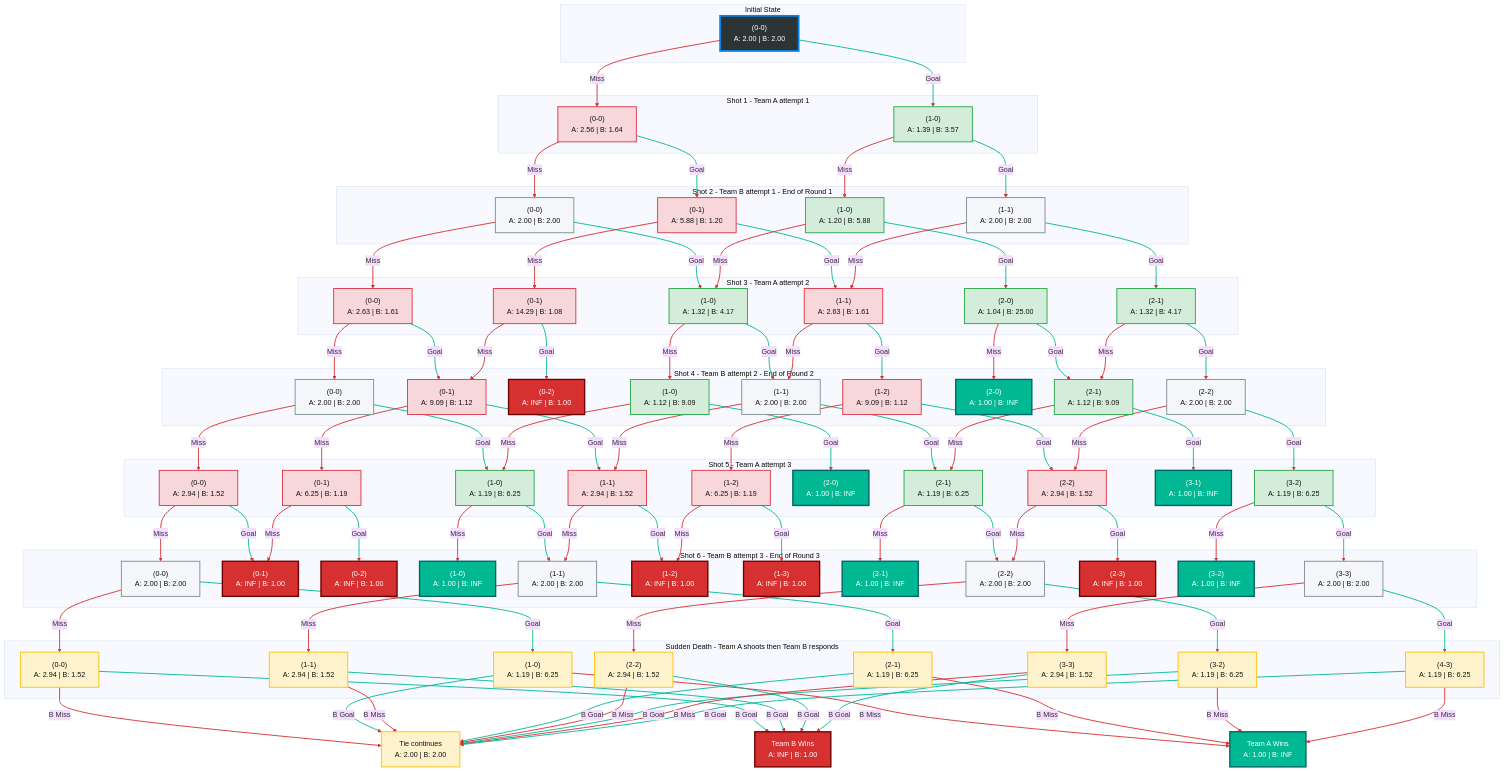
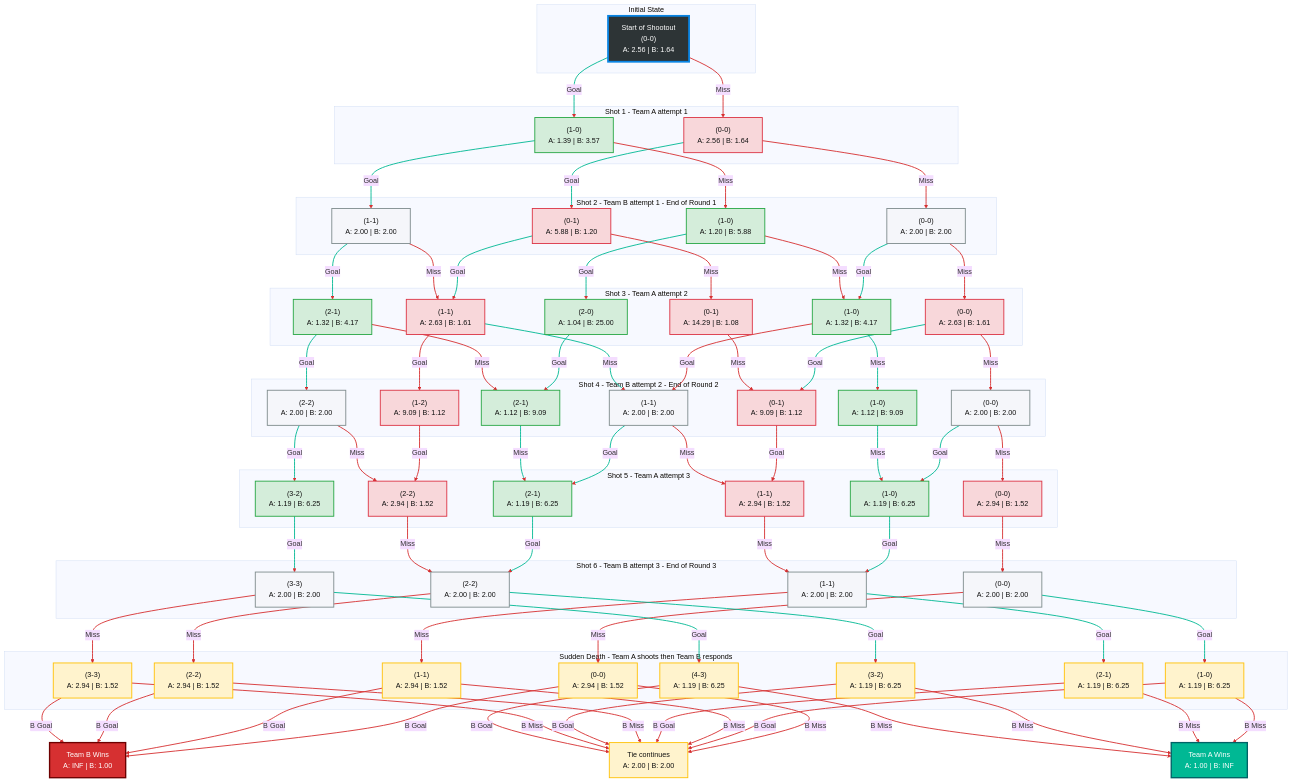
One commit to jungleJamz/nhl-shootout changed the diagram in mermaid/diagram.mmd. Above: the diagram before and after it, drawn with Mermaid (base theme). The commit also changed 1 other file, not shown here.

Commit message:
Confirmed the data from the csv data matched the mermaid diagram.
Removed Unreachable states & removed all terminal winning states (INF) to reduce clutter.

Fixed linkStyle to match new transition count.

```diff
--- a/mermaid/diagram.mmd
+++ b/mermaid/diagram.mmd
@@ -32,7 +32,7 @@
 %% :::startNode applies the style
 
 subgraph Phase_Start["Initial State"]
-  S0["(0-0)<br/>A: 2.00 | B: 2.00"]:::startNode
+  S0["Start of Shootout<br/>(0-0)<br/>A: 2.56 | B: 1.64"]:::startNode
 end
 
 %% =====================================================
@@ -62,44 +62,24 @@
 subgraph REG_4["Shot 4 - Team B attempt 2 - End of Round 2"]
   REG4_0_0["(0-0)<br/>A: 2.00 | B: 2.00"]:::neutral
   REG4_0_1["(0-1)<br/>A: 9.09 | B: 1.12"]:::teamB_Adv
-  REG4_0_2["(0-2)<br/>A: INF | B: 1.00"]:::terminalB
   REG4_1_0["(1-0)<br/>A: 1.12 | B: 9.09"]:::teamA_Adv
   REG4_1_1["(1-1)<br/>A: 2.00 | B: 2.00"]:::neutral
   REG4_1_2["(1-2)<br/>A: 9.09 | B: 1.12"]:::teamB_Adv
-  REG4_2_0["(2-0)<br/>A: 1.00 | B: INF"]:::terminalA
   REG4_2_1["(2-1)<br/>A: 1.12 | B: 9.09"]:::teamA_Adv
   REG4_2_2["(2-2)<br/>A: 2.00 | B: 2.00"]:::neutral
 end
 subgraph REG_5["Shot 5 - Team A attempt 3"]
   REG5_0_0["(0-0)<br/>A: 2.94 | B: 1.52"]:::teamB_Adv
-  REG5_0_1["(0-1)<br/>A: 6.25 | B: 1.19"]:::teamB_Adv
-%%   REG5_0_2["(0-2)<br/>A: INF | B: 1.00"]:::terminalB
   REG5_1_0["(1-0)<br/>A: 1.19 | B: 6.25"]:::teamA_Adv
   REG5_1_1["(1-1)<br/>A: 2.94 | B: 1.52"]:::teamB_Adv
-  REG5_1_2["(1-2)<br/>A: 6.25 | B: 1.19"]:::teamB_Adv
-  REG5_2_0["(2-0)<br/>A: 1.00 | B: INF"]:::terminalA
   REG5_2_1["(2-1)<br/>A: 1.19 | B: 6.25"]:::teamA_Adv
   REG5_2_2["(2-2)<br/>A: 2.94 | B: 1.52"]:::teamB_Adv
-%%   REG5_3_0["(3-0)<br/>A: 1.00 | B: INF"]:::terminalA
-  REG5_3_1["(3-1)<br/>A: 1.00 | B: INF"]:::terminalA
   REG5_3_2["(3-2)<br/>A: 1.19 | B: 6.25"]:::teamA_Adv
 end
 subgraph REG_6["Shot 6 - Team B attempt 3 - End of Round 3"]
   REG6_0_0["(0-0)<br/>A: 2.00 | B: 2.00"]:::neutral
-  REG6_0_1["(0-1)<br/>A: INF | B: 1.00"]:::terminalB
-  REG6_0_2["(0-2)<br/>A: INF | B: 1.00"]:::terminalB
-%%   REG6_0_3["(0-3)<br/>A: INF | B: 1.00"]:::terminalB
-  REG6_1_0["(1-0)<br/>A: 1.00 | B: INF"]:::terminalA
   REG6_1_1["(1-1)<br/>A: 2.00 | B: 2.00"]:::neutral
-  REG6_1_2["(1-2)<br/>A: INF | B: 1.00"]:::terminalB
-  REG6_1_3["(1-3)<br/>A: INF | B: 1.00"]:::terminalB
-%%   REG6_2_0["(2-0)<br/>A: 1.00 | B: INF"]:::terminalA
-  REG6_2_1["(2-1)<br/>A: 1.00 | B: INF"]:::terminalA
   REG6_2_2["(2-2)<br/>A: 2.00 | B: 2.00"]:::neutral
-  REG6_2_3["(2-3)<br/>A: INF | B: 1.00"]:::terminalB
-%%   REG6_3_0["(3-0)<br/>A: 1.00 | B: INF"]:::terminalA
-%%   REG6_3_1["(3-1)<br/>A: 1.00 | B: INF"]:::terminalA
-  REG6_3_2["(3-2)<br/>A: 1.00 | B: INF"]:::terminalA
   REG6_3_3["(3-3)<br/>A: 2.00 | B: 2.00"]:::neutral
 end
 
@@ -135,44 +115,40 @@
 REG3_0_0 -- Miss --> REG4_0_0
 REG3_0_0 -- Goal --> REG4_0_1
 REG3_0_1 -- Miss --> REG4_0_1
-REG3_0_1 -- Goal --> REG4_0_2
+%% REG3_0_1 -- Goal would lead to REG4_0_2 (terminal - game over)
 REG3_1_0 -- Miss --> REG4_1_0
 REG3_1_0 -- Goal --> REG4_1_1
 REG3_1_1 -- Miss --> REG4_1_1
 REG3_1_1 -- Goal --> REG4_1_2
-REG3_2_0 -- Miss --> REG4_2_0
+%% REG3_2_0 -- Miss would lead to REG4_2_0 (terminal - game over)
 REG3_2_0 -- Goal --> REG4_2_1
 REG3_2_1 -- Miss --> REG4_2_1
 REG3_2_1 -- Goal --> REG4_2_2
 REG4_0_0 -- Miss --> REG5_0_0
 REG4_0_0 -- Goal --> REG5_1_0
-REG4_0_1 -- Miss --> REG5_0_1
+%% REG4_0_1 -- Miss would lead to REG5_0_1 (terminal - game over)
 REG4_0_1 -- Goal --> REG5_1_1
 REG4_1_0 -- Miss --> REG5_1_0
-REG4_1_0 -- Goal --> REG5_2_0
+%% REG4_1_0 -- Goal would lead to REG5_2_0 (terminal - game over)
 REG4_1_1 -- Miss --> REG5_1_1
 REG4_1_1 -- Goal --> REG5_2_1
-REG4_1_2 -- Miss --> REG5_1_2
+%% REG4_1_2 -- Miss would lead to REG5_1_2 (terminal - game over)
 REG4_1_2 -- Goal --> REG5_2_2
 REG4_2_1 -- Miss --> REG5_2_1
-REG4_2_1 -- Goal --> REG5_3_1
+%% REG4_2_1 -- Goal would lead to REG5_3_1 (terminal - game over)
 REG4_2_2 -- Miss --> REG5_2_2
 REG4_2_2 -- Goal --> REG5_3_2
 REG5_0_0 -- Miss --> REG6_0_0
-REG5_0_0 -- Goal --> REG6_0_1
-REG5_0_1 -- Miss --> REG6_0_1
-REG5_0_1 -- Goal --> REG6_0_2
-REG5_1_0 -- Miss --> REG6_1_0
+%% REG5_0_0 -- Goal would lead to REG6_0_1 (terminal - game over)
+%% REG5_1_0 -- Miss would lead to REG6_1_0 (terminal - game over)
 REG5_1_0 -- Goal --> REG6_1_1
 REG5_1_1 -- Miss --> REG6_1_1
-REG5_1_1 -- Goal --> REG6_1_2
-REG5_1_2 -- Miss --> REG6_1_2
-REG5_1_2 -- Goal --> REG6_1_3
-REG5_2_1 -- Miss --> REG6_2_1
+%% REG5_1_1 -- Goal would lead to REG6_1_2 (terminal - game over)
+%% REG5_2_1 -- Miss would lead to REG6_2_1 (terminal - game over)
 REG5_2_1 -- Goal --> REG6_2_2
 REG5_2_2 -- Miss --> REG6_2_2
-REG5_2_2 -- Goal --> REG6_2_3
-REG5_3_2 -- Miss --> REG6_3_2
+%% REG5_2_2 -- Goal would lead to REG6_2_3 (terminal - game over)
+%% REG5_3_2 -- Miss would lead to REG6_3_2 (terminal - game over)
 REG5_3_2 -- Goal --> REG6_3_3
 REG6_0_0 -- Miss --> SD7_0_0
 REG6_0_0 -- Goal --> SD7_1_0
@@ -239,5 +215,7 @@
 %% =====================================================
 %% - Default = Miss (red)
 %% - Odd indices = Goal (green) because we always write Miss then Goal
+%% - We have 48 regulation transitions (indices 0-47), so odd indices are 1,3,5...47
+%% - Terminal states removed to reduce clutter - edges leading to wins are commented out
 linkStyle default stroke:#d63031,stroke-width:2px
-linkStyle 1,3,5,7,9,11,13,15,17,19,21,23,25,27,29,31,33,35,37,39,41,43,45,47,49,51,53,55,57,59,61,63,65,67,69,71,73,75,77,79 stroke:#00b894,stroke-width:2px
+linkStyle 1,3,5,7,9,11,13,15,17,19,21,23,25,27,29,31,33,35,37,39,41,43,45,47 stroke:#00b894,stroke-width:2px
```
